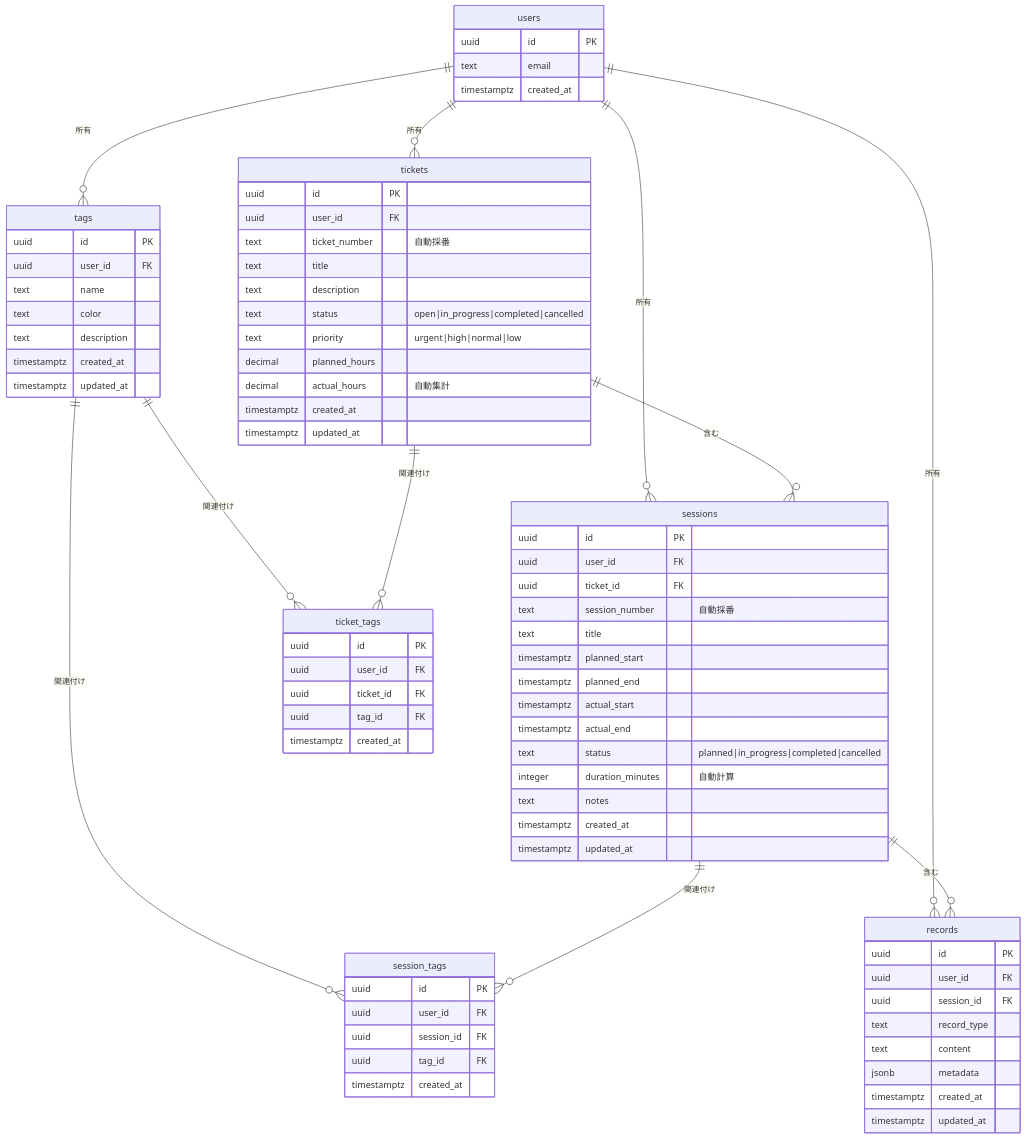
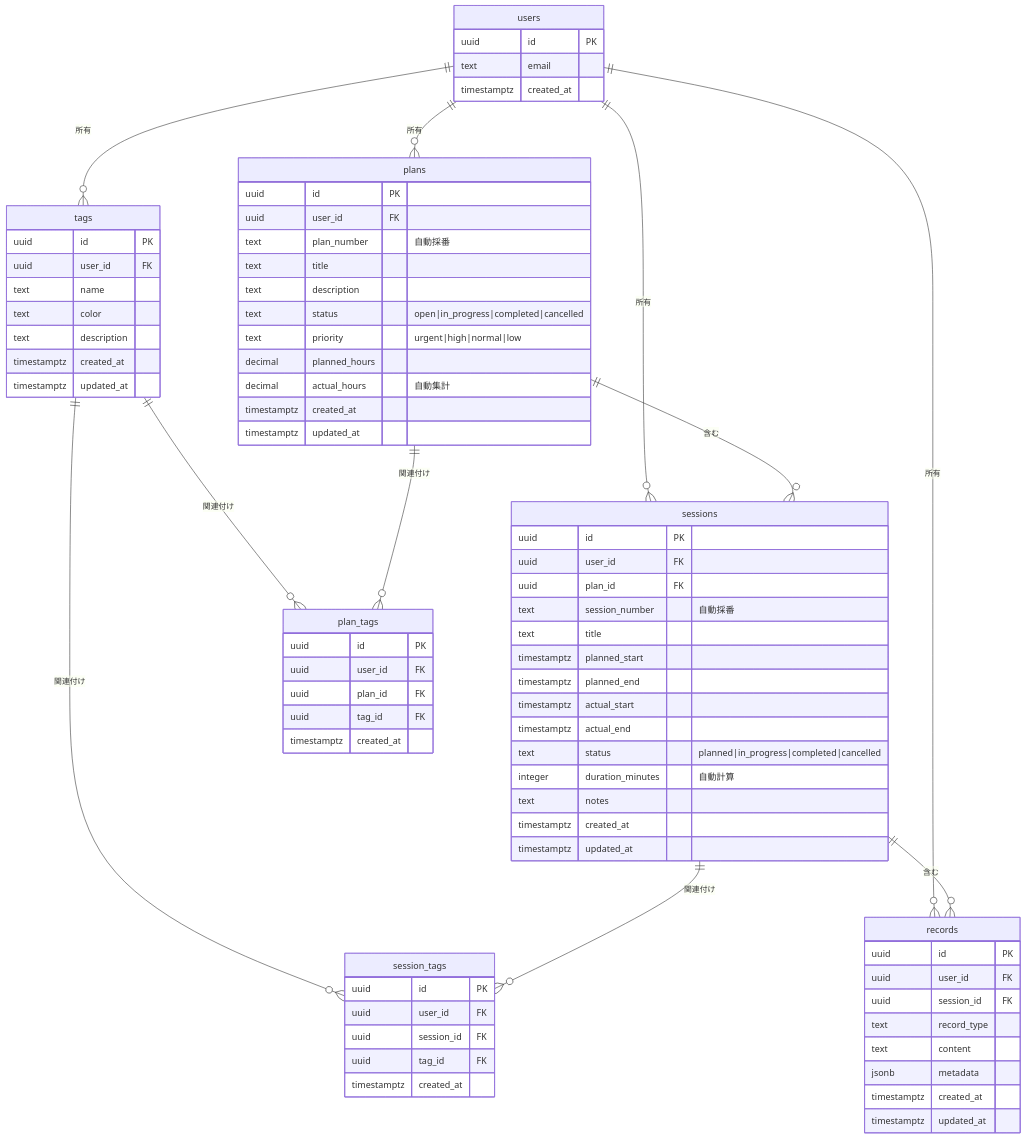
The diagram in src/features/plans/__docs__/database-schema.md (t3-nico/boxlog-app), drawn with Mermaid before and after one commit. The commit also changed other lines of this file and 152 other files, not shown here.

````diff
--- a/src/features/plans/__docs__/database-schema.md
+++ b/src/features/plans/__docs__/database-schema.md
@@ -5,15 +5,15 @@
 ```mermaid
 erDiagram
     users ||--o{ tags : "所有"
-    users ||--o{ tickets : "所有"
+    users ||--o{ plans : "所有"
     users ||--o{ sessions : "所有"
     users ||--o{ records : "所有"
 
-    tickets ||--o{ sessions : "含む"
+    plans ||--o{ sessions : "含む"
     sessions ||--o{ records : "含む"
 
-    tags ||--o{ ticket_tags : "関連付け"
-    tickets ||--o{ ticket_tags : "関連付け"
+    tags ||--o{ plan_tags : "関連付け"
+    plans ||--o{ plan_tags : "関連付け"
 
     tags ||--o{ session_tags : "関連付け"
     sessions ||--o{ session_tags : "関連付け"
@@ -34,10 +34,10 @@
         timestamptz updated_at
     }
 
-    tickets {
+    plans {
         uuid id PK
         uuid user_id FK
-        text ticket_number "自動採番"
+        text plan_number "自動採番"
         text title
         text description
         text status "open|in_progress|completed|cancelled"
@@ -51,7 +51,7 @@
     sessions {
         uuid id PK
         uuid user_id FK
-        uuid ticket_id FK
+        uuid plan_id FK
         text session_number "自動採番"
         text title
         timestamptz planned_start
@@ -76,10 +76,10 @@
         timestamptz updated_at
     }
 
-    ticket_tags {
+    plan_tags {
         uuid id PK
         uuid user_id FK
-        uuid ticket_id FK
+        uuid plan_id FK
         uuid tag_id FK
         timestamptz created_at
     }
````
